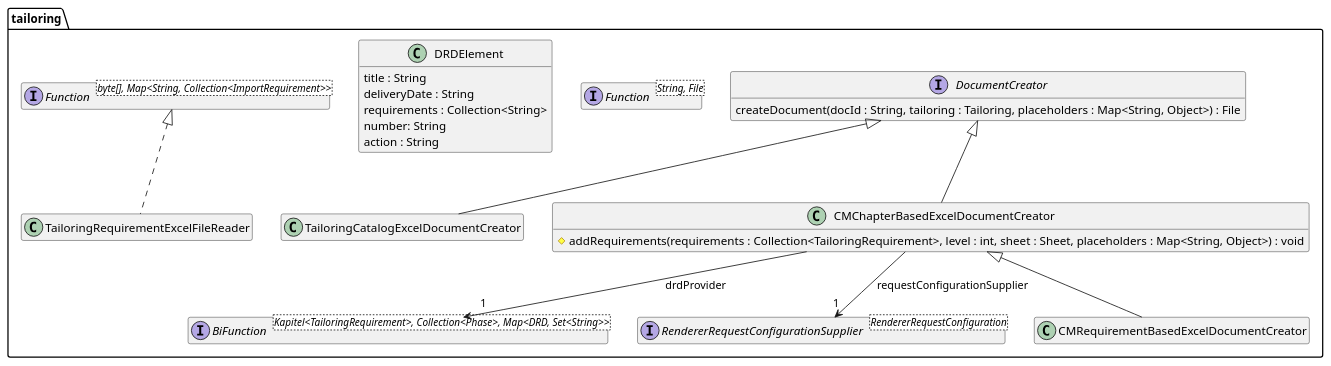
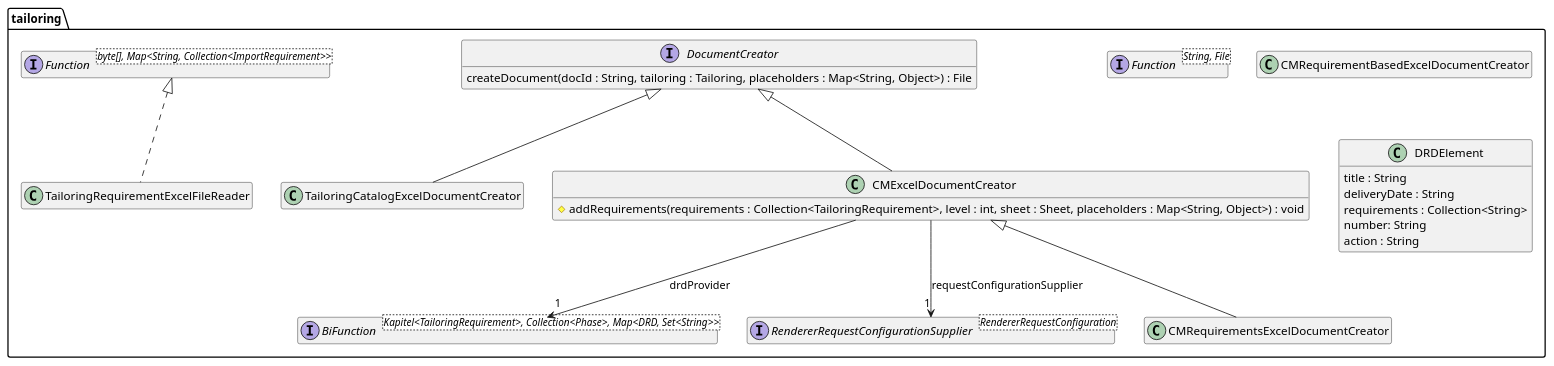
One commit to tailoringexpert/platform changed the diagram in src/site/arc42/plantuml/poi/tailoring/Ebene3.plantuml. Above: the diagram before and after it, drawn with PlantUML. The commit also changed 11 other files, not shown here.

```diff
--- a/src/site/arc42/plantuml/poi/tailoring/Ebene3.plantuml
+++ b/src/site/arc42/plantuml/poi/tailoring/Ebene3.plantuml
@@ -1,52 +1,52 @@
 @startuml Ebene3.png
 hide empty members
 
 package tailoring {
 
     interface DocumentCreator {
         createDocument(docId : String, tailoring : Tailoring, placeholders : Map<String, Object>) : File
     }
 
     interface "BiFunction<Kapitel<TailoringRequirement>, Collection<Phase>, Map<DRD, Set<String>>>" as drdSupplier {
     }
 
     interface "Function<String, File>" as templateSupplier {
     }
 
     interface "RendererRequestConfigurationSupplier<RendererRequestConfiguration>" as RendererRequestConfigurationSupplier {
     }
 
     class TailoringCatalogExcelDocumentCreator {
     }
     DocumentCreator <|-- TailoringCatalogExcelDocumentCreator
 
-    class CMChapterBasedExcelDocumentCreator {
+    class CMExcelDocumentCreator {
         #addRequirements(requirements : Collection<TailoringRequirement>, level : int, sheet : Sheet, placeholders : Map<String, Object>) : void
     }
-    DocumentCreator <|-- CMChapterBasedExcelDocumentCreator
-    CMChapterBasedExcelDocumentCreator --> "1" RendererRequestConfigurationSupplier : requestConfigurationSupplier
-    CMChapterBasedExcelDocumentCreator --> "1" drdSupplier : drdProvider
+    DocumentCreator <|-- CMExcelDocumentCreator
+    CMExcelDocumentCreator --> "1" RendererRequestConfigurationSupplier : requestConfigurationSupplier
+    CMExcelDocumentCreator --> "1" drdSupplier : drdProvider
 
     class CMRequirementBasedExcelDocumentCreator {
     }
-    CMChapterBasedExcelDocumentCreator <|-- CMRequirementBasedExcelDocumentCreator
+    CMExcelDocumentCreator <|-- CMRequirementsExcelDocumentCreator
 
     class DRDElement {
         title : String
         deliveryDate : String
         requirements : Collection<String>
         number: String
         action : String
     }
 
-    class CMRequirementBasedExcelDocumentCreator {
+    class CMRequirementsExcelDocumentCreator {
     }
 
     interface "Function<byte[], Map<String, Collection<ImportRequirement>>>" as requirementFunction {
     }
 
     class TailoringRequirementExcelFileReader {
     }
     requirementFunction <|.. TailoringRequirementExcelFileReader
 }
 @enduml
```
